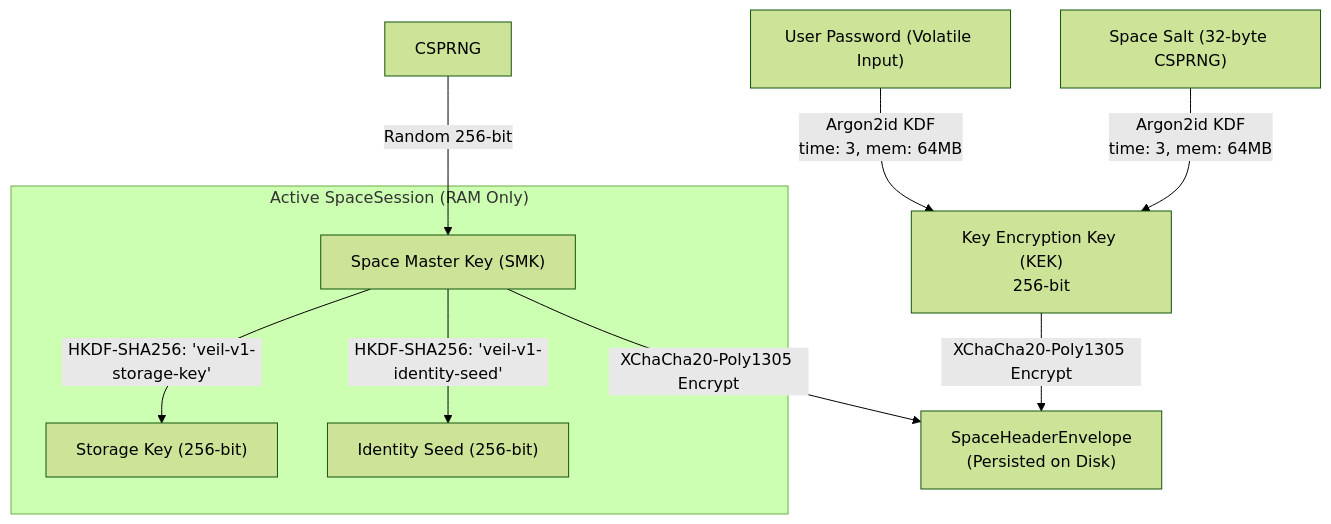
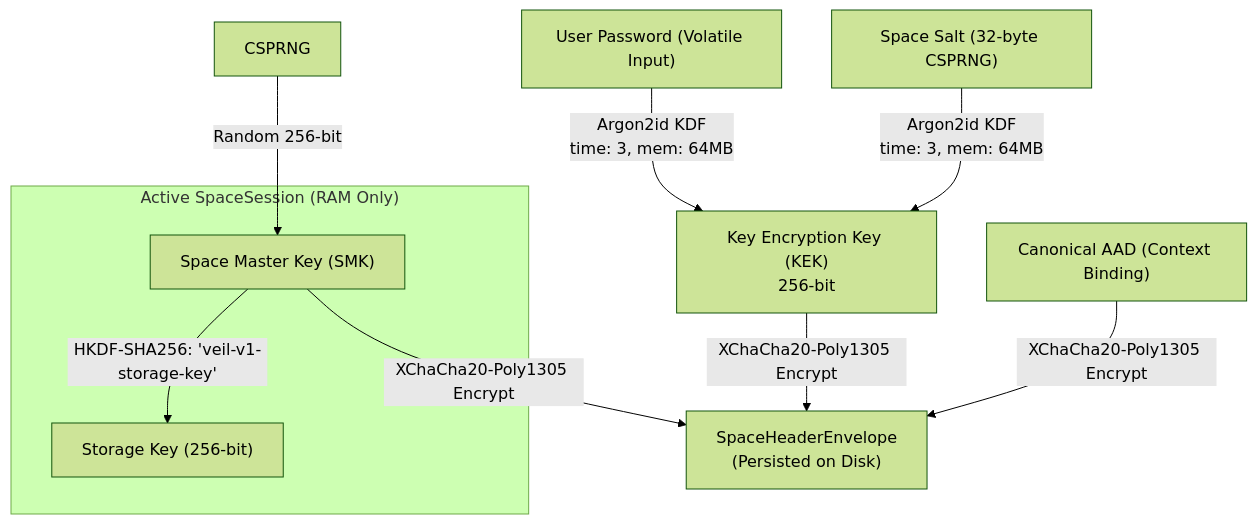
Before and after one commit to earnlets96-cmykear/veil: the diagram in docs/CRYPTOGRAPHY.md, drawn with Mermaid (forest theme). The commit also changed other lines of this file and 12 other files, not shown here.

Commit message:
fix(phase-1): enforce AAD envelope binding, targeted unlock, crash-safe password change, defer identity to Phase 2

````diff
--- a/docs/CRYPTOGRAPHY.md
+++ b/docs/CRYPTOGRAPHY.md
@@ -65,16 +46,16 @@
 ```mermaid
 graph TD
     Password["User Password (Volatile Input)"]
     Salt["Space Salt (32-byte CSPRNG)"]
     
     Password & Salt -->|Argon2id KDF<br/>time: 3, mem: 64MB| KEK["Key Encryption Key (KEK)<br/>256-bit"]
     
     CSPRNG["CSPRNG"] -->|Random 256-bit| SMK["Space Master Key (SMK)"]
+    AAD["Canonical AAD (Context Binding)"]
     
-    KEK & SMK -->|XChaCha20-Poly1305 Encrypt| Envelope["SpaceHeaderEnvelope<br/>(Persisted on Disk)"]
+    KEK & SMK & AAD -->|XChaCha20-Poly1305 Encrypt| Envelope["SpaceHeaderEnvelope<br/>(Persisted on Disk)"]
     
     subgraph ActiveSession["Active SpaceSession (RAM Only)"]
         SMK -->|HKDF-SHA256: 'veil-v1-storage-key'| StorageKey["Storage Key (256-bit)"]
-        SMK -->|HKDF-SHA256: 'veil-v1-identity-seed'| IdentitySeed["Identity Seed (256-bit)"]
     end
 ```
````
